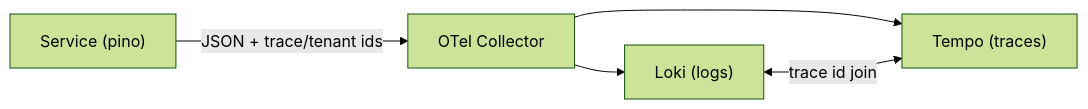
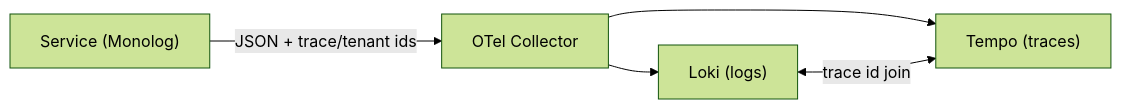
Diagram 13 of 16 in docs/03-Architecture.md (ammarnabileg/crm), drawn with Mermaid (forest theme) before and after one commit. The commit also changed other lines of this file and 18 other files, not shown here.

````diff
--- a/docs/03-Architecture.md
+++ b/docs/03-Architecture.md
@@ -574,7 +574,7 @@
 ```mermaid
 flowchart LR
-    APP["Service (pino)"] -->|JSON + trace/tenant ids| OTEL["OTel Collector"]
+    APP["Service (Monolog)"] -->|JSON + trace/tenant ids| OTEL["OTel Collector"]
     OTEL --> LOKI["Loki (logs)"]
     OTEL --> TEMPO["Tempo (traces)"]
     LOKI <-->|trace id join| TEMPO
 ```
````
